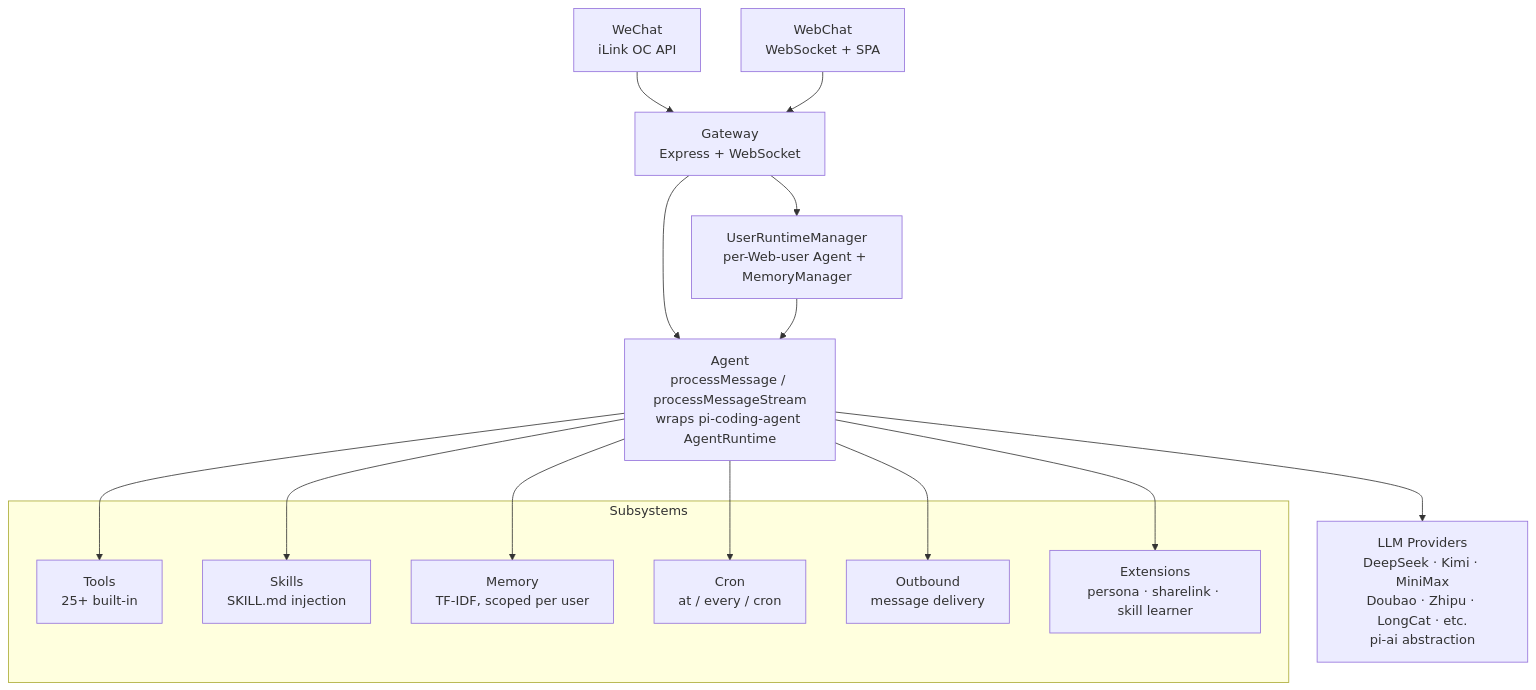
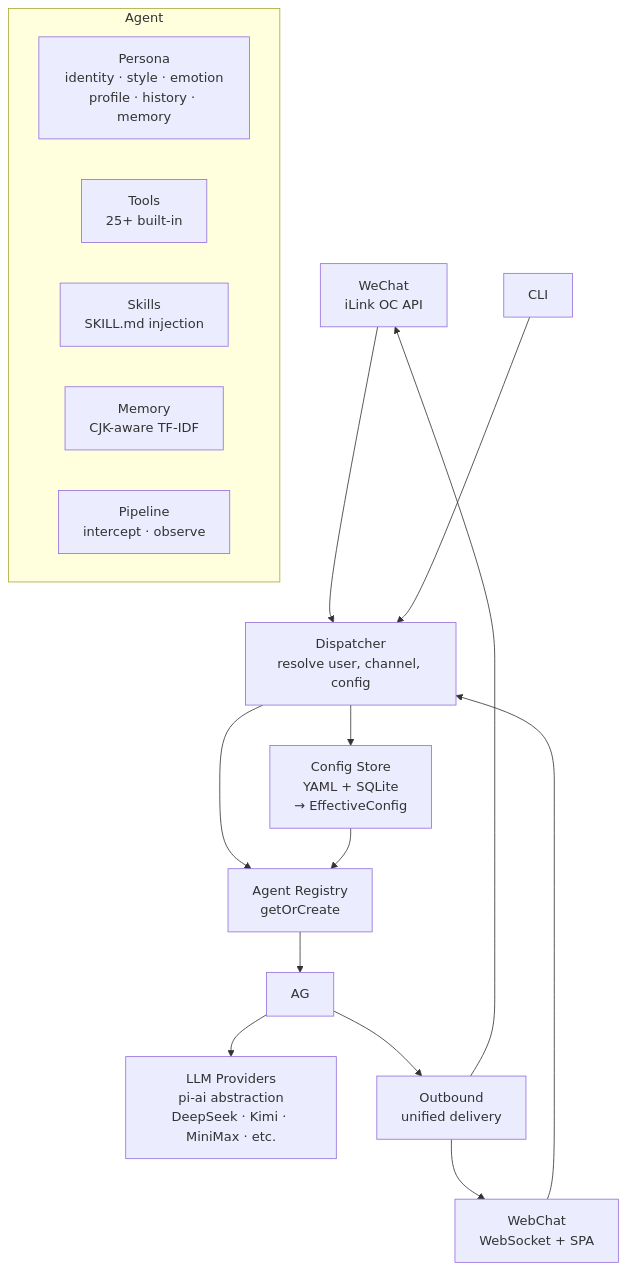
One commit to counhopig/vex-bot changed the diagram in README.md. Above: the diagram before and after it, drawn with Mermaid. The commit also changed other lines of this file and 8 other files, not shown here.

````diff
--- a/README.md
+++ b/README.md
@@ -34,28 +59,26 @@
 ```mermaid
 flowchart TD
-    WX[WeChat<br/>iLink OC API] --> GW
-    WC[WebChat<br/>WebSocket + SPA] --> GW
+    WX[WeChat<br/>iLink OC API] --> DP
+    WC[WebChat<br/>WebSocket + SPA] --> DP
+    CLI[CLI] --> DP
 
-    GW[Gateway<br/>Express + WebSocket] --> URM
-    GW --> AG
+    DP[Dispatcher<br/>resolve user, channel, config] --> AR
+    DP --> CF
 
-    URM[UserRuntimeManager<br/>per-Web-user Agent + MemoryManager] --> AG
+    CF[Config Store<br/>YAML + SQLite<br/>→ EffectiveConfig] --> AR
 
-    AG[Agent<br/>processMessage / processMessageStream<br/>wraps pi-coding-agent AgentRuntime] --> TO
-    AG --> SK
-    AG --> ME
-    AG --> CR
-    AG --> OB
+    AR[Agent Registry<br/>getOrCreate] --> AG
 
-    subgraph Subsystems
-        TO[Tools<br/>25+ built-in]
+    subgraph Agent
+        PS[Persona<br/>identity · style · emotion<br/>profile · history · memory]
+        TL[Tools<br/>25+ built-in]
         SK[Skills<br/>SKILL.md injection]
-        ME[Memory<br/>TF-IDF, scoped per user]
-        CR[Cron<br/>at / every / cron]
-        OB[Outbound<br/>message delivery]
-        EX[Extensions<br/>persona · sharelink · skill learner]
+        MM[Memory<br/>CJK-aware TF-IDF]
+        PL[Pipeline<br/>intercept · observe]
     end
 
-    AG --> PR[LLM Providers<br/>DeepSeek · Kimi · MiniMax<br/>Doubao · Zhipu · LongCat · etc.<br/>pi-ai abstraction]
-    AG --> EX
+    AG --> LLM[LLM Providers<br/>pi-ai abstraction<br/>DeepSeek · Kimi · MiniMax · etc.]
+    AG --> OB[Outbound<br/>unified delivery]
+    OB --> WX
+    OB --> WC
 ```
````
